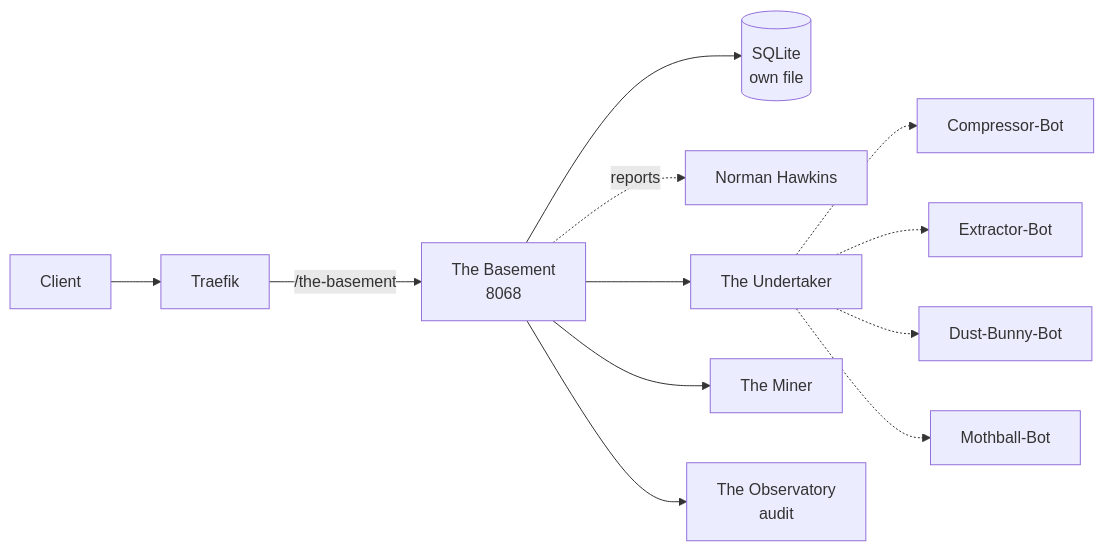
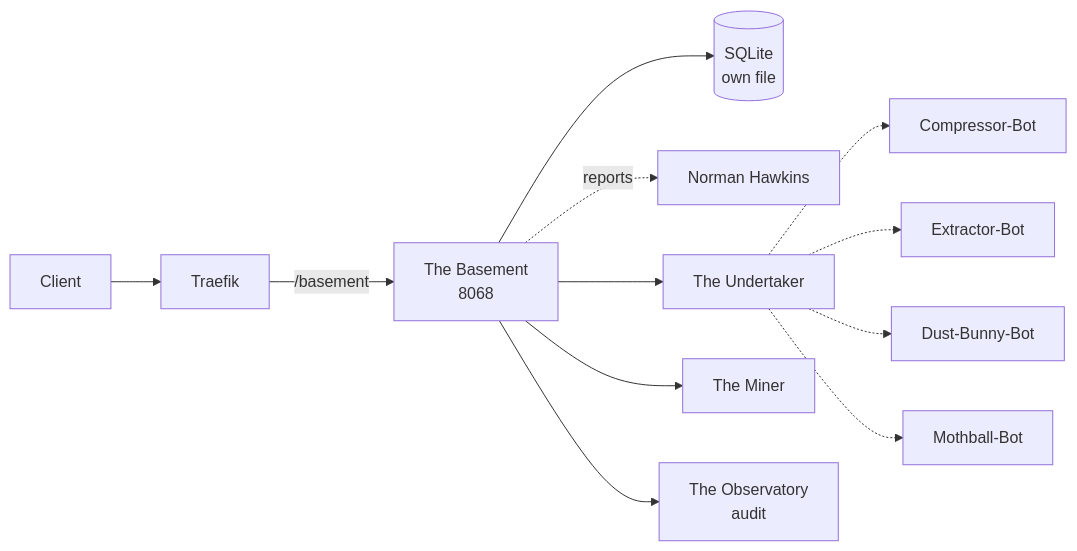
One commit to Trancendos/Tranc3 changed the diagram in docs/solution-packs/the-basement.md. Above: the diagram before and after it, drawn with Mermaid. The commit also changed other lines of this file and 64 other files, not shown here.

````diff
--- a/docs/solution-packs/the-basement.md
+++ b/docs/solution-packs/the-basement.md
@@ -75,14 +75,14 @@
 ```mermaid
 flowchart LR
     C[Client] --> T[Traefik]
-    T -->|/the-basement| S[The Basement<br/>8068]
+    T -->|/basement| S[The Basement<br/>8068]
     S --> DB[(SQLite<br/>own file)]
     S -.reports.-> P[Norman Hawkins]
     S --> AA[The Undertaker]
     S --> AB[The Miner]
     AA -.-> CompressorBot[Compressor-Bot]
     AA -.-> ExtractorBot[Extractor-Bot]
     AA -.-> DustBunnyBot[Dust-Bunny-Bot]
     AA -.-> MothballBot[Mothball-Bot]
     S --> OBS[The Observatory<br/>audit]
 ```
````
